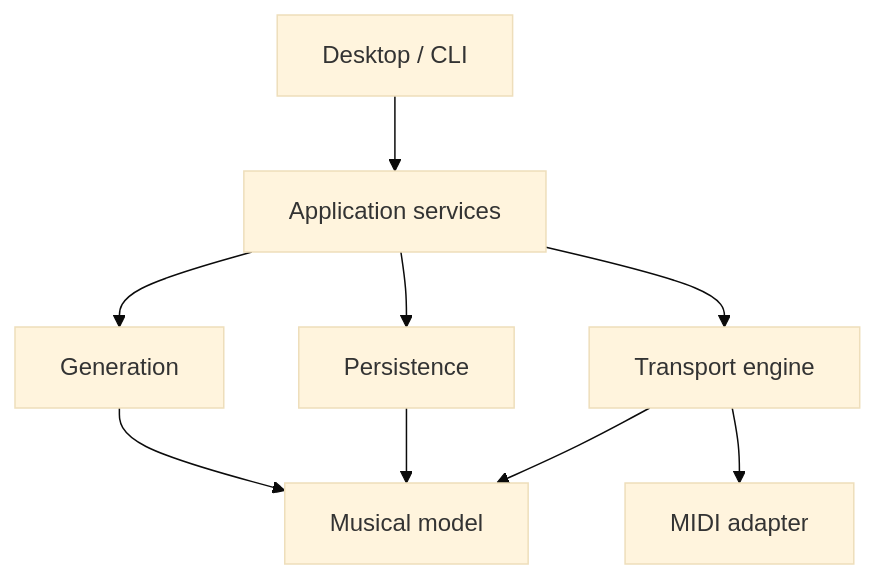
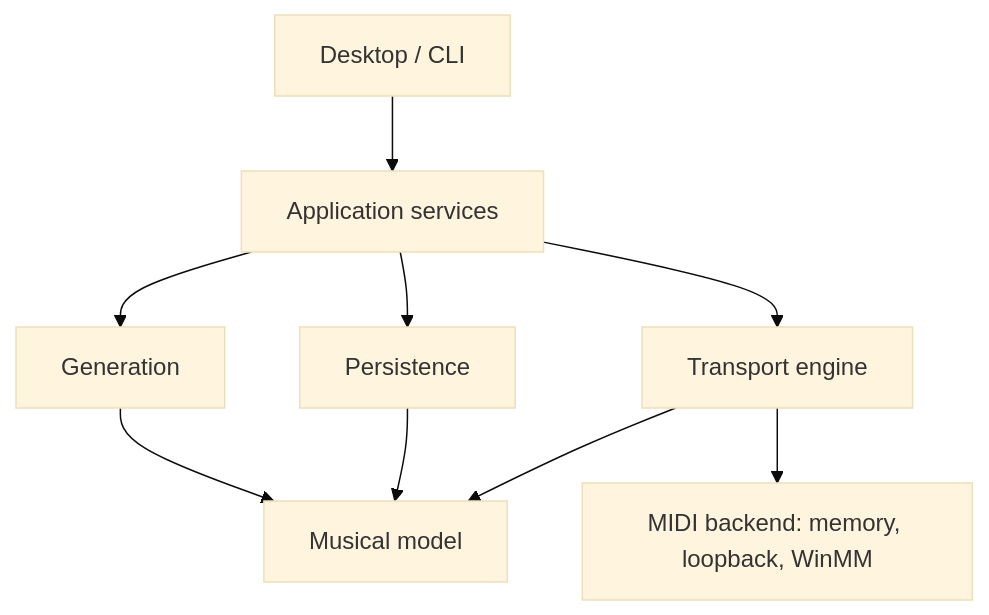
Before and after one commit to CaptainPStar/MidiWorkbench: the diagram in docs/architecture.md, drawn with Mermaid (base theme). The commit also changed other lines of this file and 14 other files, not shown here.

````diff
--- a/docs/architecture.md
+++ b/docs/architecture.md
@@ -18,11 +19,11 @@
 ```mermaid
 flowchart TD
   UI["Desktop / CLI"] --> App["Application services"]
   App --> Planner["Generation"]
   App --> Store["Persistence"]
   App --> Engine["Transport engine"]
   Planner --> Model["Musical model"]
   Store --> Model
   Engine --> Model
-  Engine --> Sink["MIDI adapter"]
+  Engine --> Sink["MIDI backend: memory, loopback, WinMM"]
 ```
````
